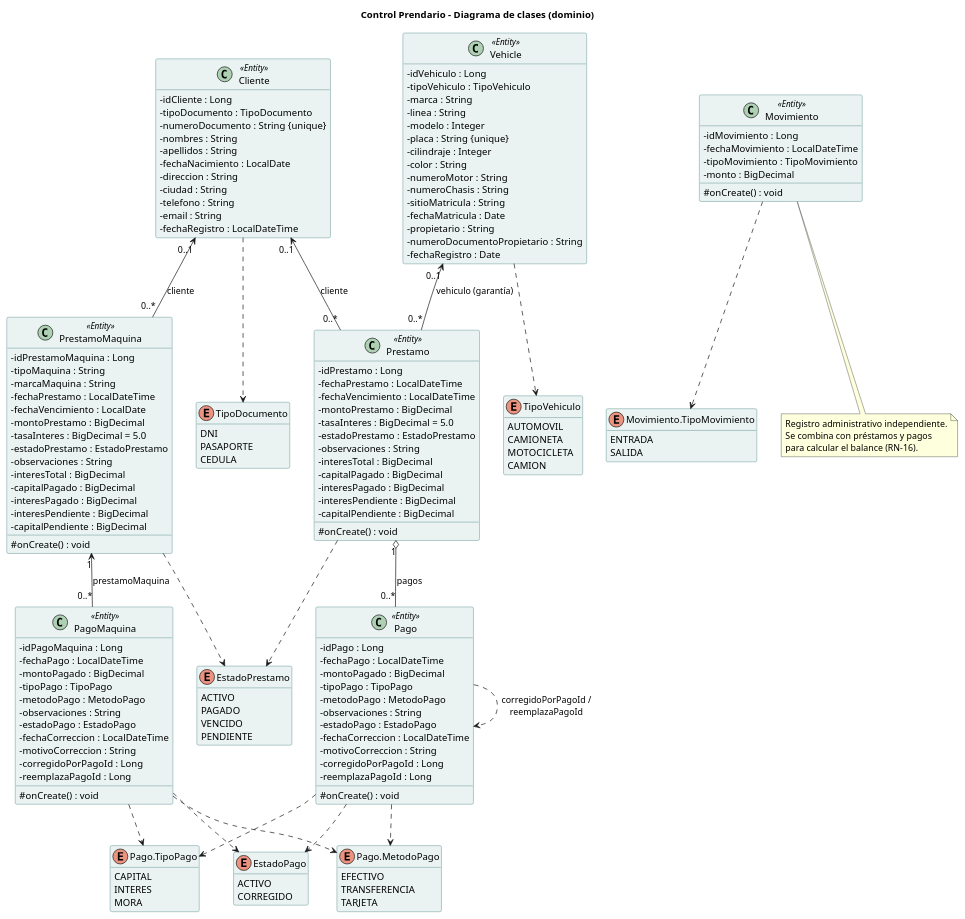
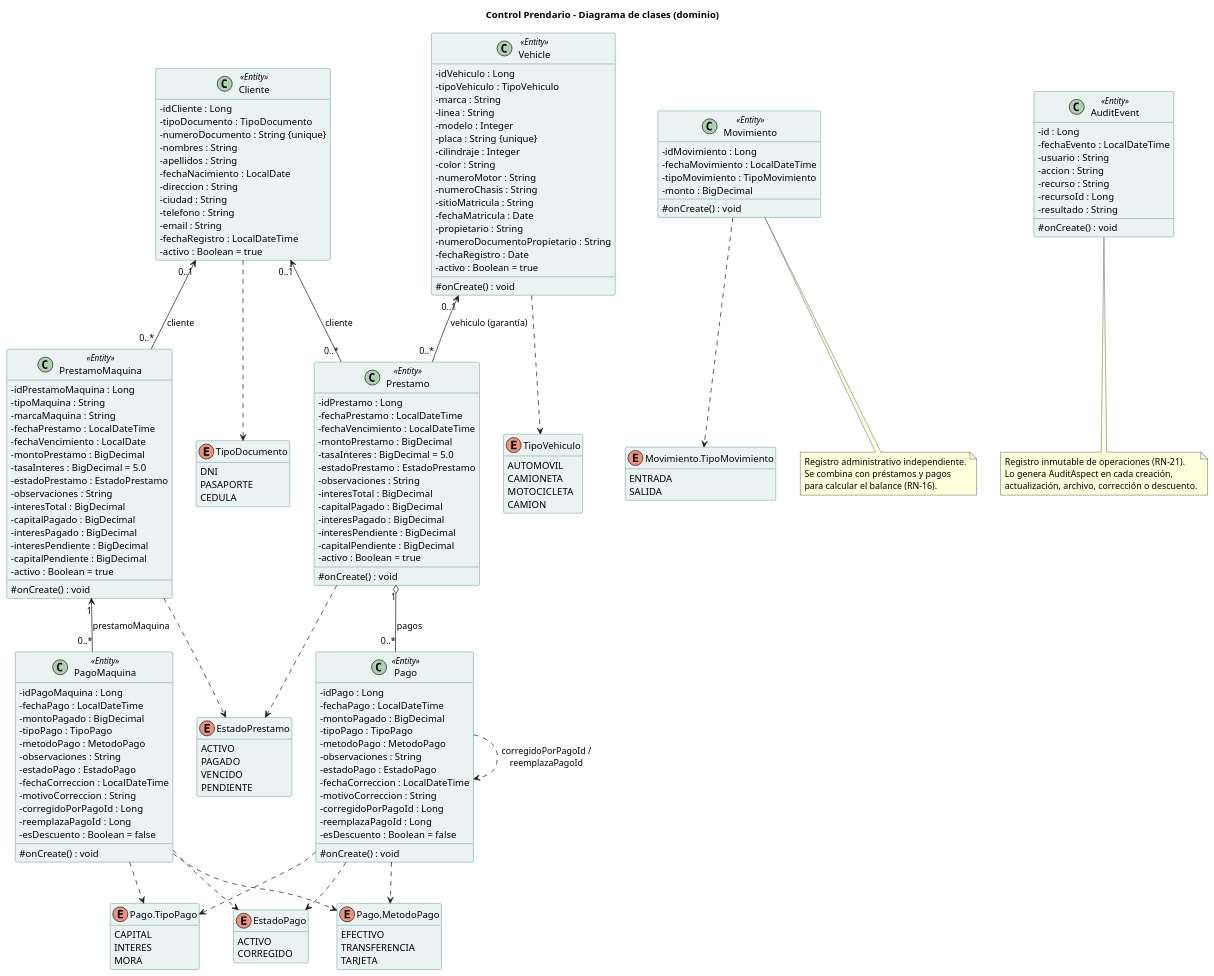
The diagram in docs/diagramas/fuentes/09-clases-dominio.puml (ElPiston1870/controlprendario-api), drawn with PlantUML before and after one commit. The commit also changed 39 other files, not shown here.

```diff
--- a/docs/diagramas/fuentes/09-clases-dominio.puml
+++ b/docs/diagramas/fuentes/09-clases-dominio.puml
@@ -24,6 +24,7 @@
   - telefono : String
   - email : String
   - fechaRegistro : LocalDateTime
+  - activo : Boolean = true
 }
 
 class Vehicle <<Entity>> {
@@ -42,6 +43,8 @@
   - propietario : String
   - numeroDocumentoPropietario : String
   - fechaRegistro : Date
+  - activo : Boolean = true
+  # onCreate() : void
 }
 
 class Prestamo <<Entity>> {
@@ -57,6 +60,7 @@
   - interesPagado : BigDecimal
   - interesPendiente : BigDecimal
   - capitalPendiente : BigDecimal
+  - activo : Boolean = true
   # onCreate() : void
 }
 
@@ -75,6 +79,7 @@
   - interesPagado : BigDecimal
   - interesPendiente : BigDecimal
   - capitalPendiente : BigDecimal
+  - activo : Boolean = true
   # onCreate() : void
 }
 
@@ -90,6 +95,7 @@
   - motivoCorreccion : String
   - corregidoPorPagoId : Long
   - reemplazaPagoId : Long
+  - esDescuento : Boolean = false
   # onCreate() : void
 }
 
@@ -105,6 +111,7 @@
   - motivoCorreccion : String
   - corregidoPorPagoId : Long
   - reemplazaPagoId : Long
+  - esDescuento : Boolean = false
   # onCreate() : void
 }
 
@@ -113,6 +120,17 @@
   - fechaMovimiento : LocalDateTime
   - tipoMovimiento : TipoMovimiento
   - monto : BigDecimal
+  # onCreate() : void
+}
+
+class AuditEvent <<Entity>> {
+  - id : Long
+  - fechaEvento : LocalDateTime
+  - usuario : String
+  - accion : String
+  - recurso : String
+  - recursoId : Long
+  - resultado : String
   # onCreate() : void
 }
 
@@ -172,6 +190,12 @@
 PagoMaquina ..> EstadoPago
 Movimiento ..> TipoMovimiento
 
+note bottom of AuditEvent
+  Registro inmutable de operaciones (RN-21).
+  Lo genera AuditAspect en cada creación,
+  actualización, archivo, corrección o descuento.
+end note
+
 note bottom of Movimiento
   Registro administrativo independiente.
   Se combina con préstamos y pagos
```
